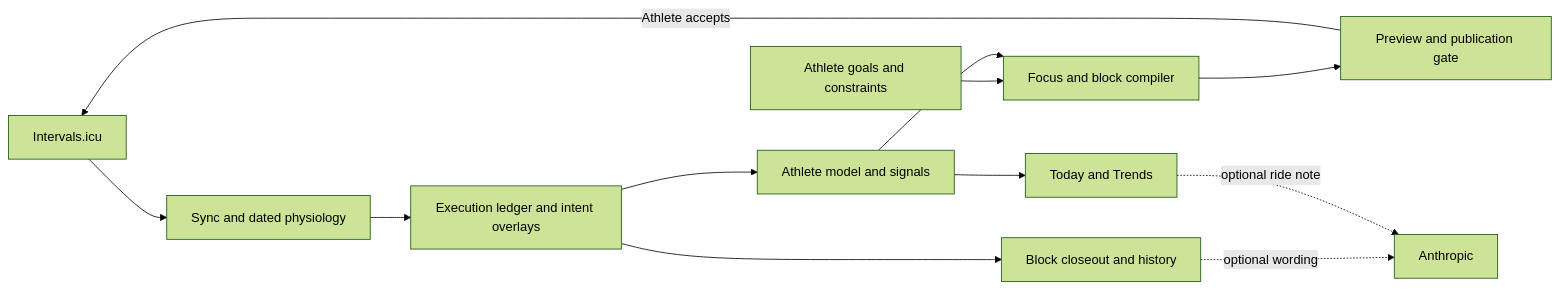
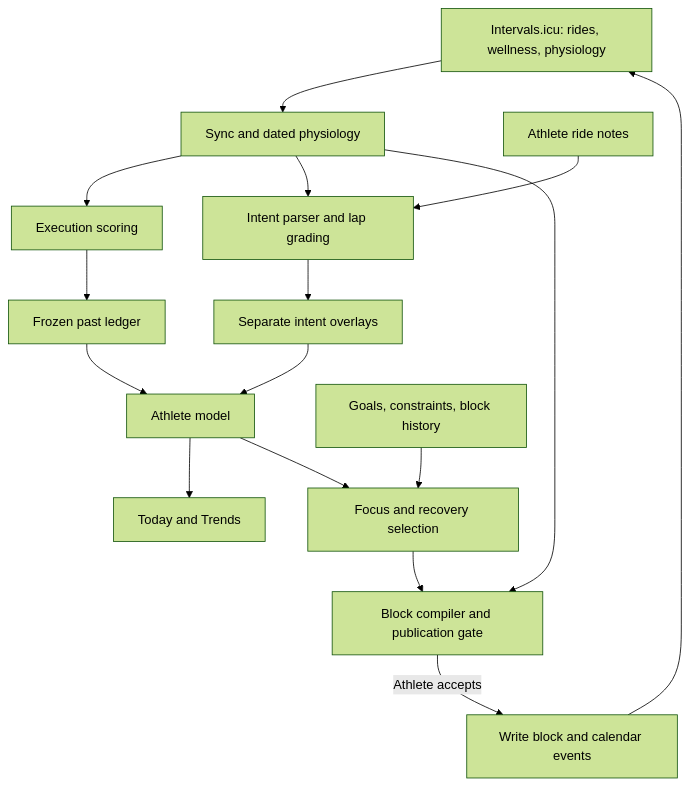
Before and after one commit to Xon333/NodeVelo: the diagram in docs/COMPASS.md, drawn with Mermaid (forest theme). The commit also changed other lines of this file and 21 other files, not shown here.

````diff
--- a/docs/COMPASS.md
+++ b/docs/COMPASS.md
@@ -12,14 +11,18 @@
 ```mermaid
-flowchart LR
-  I[Intervals.icu] --> S[Sync and dated physiology]
-  S --> L[Execution ledger and intent overlays]
-  L --> M[Athlete model and signals]
-  A[Athlete goals and constraints] --> F[Focus and block compiler]
-  M --> F
-  M --> T[Today and Trends]
-  F --> G[Preview and publication gate]
-  G -->|Athlete accepts| I
-  L --> H[Block closeout and history]
-  H -. optional wording .-> AI[Anthropic]
-  T -. optional ride note .-> AI
+flowchart TD
+  ICU[Intervals.icu: rides, wellness, physiology] --> SYNC[Sync and dated physiology]
+  SYNC --> SCORE[Execution scoring]
+  NOTE[Athlete ride notes] --> INTENT[Intent parser and lap grading]
+  SYNC --> INTENT
+  SCORE --> LEDGER[Frozen past ledger]
+  INTENT --> OVERLAY[Separate intent overlays]
+  LEDGER --> MODEL[Athlete model]
+  OVERLAY --> MODEL
+  MODEL --> DAILY[Today and Trends]
+  GOALS[Goals, constraints, block history] --> FOCUS[Focus and recovery selection]
+  MODEL --> FOCUS
+  FOCUS --> COMPILER[Block compiler and publication gate]
+  SYNC --> COMPILER
+  COMPILER -->|Athlete accepts| WRITE[Write block and calendar events]
+  WRITE --> ICU
 ```
````
